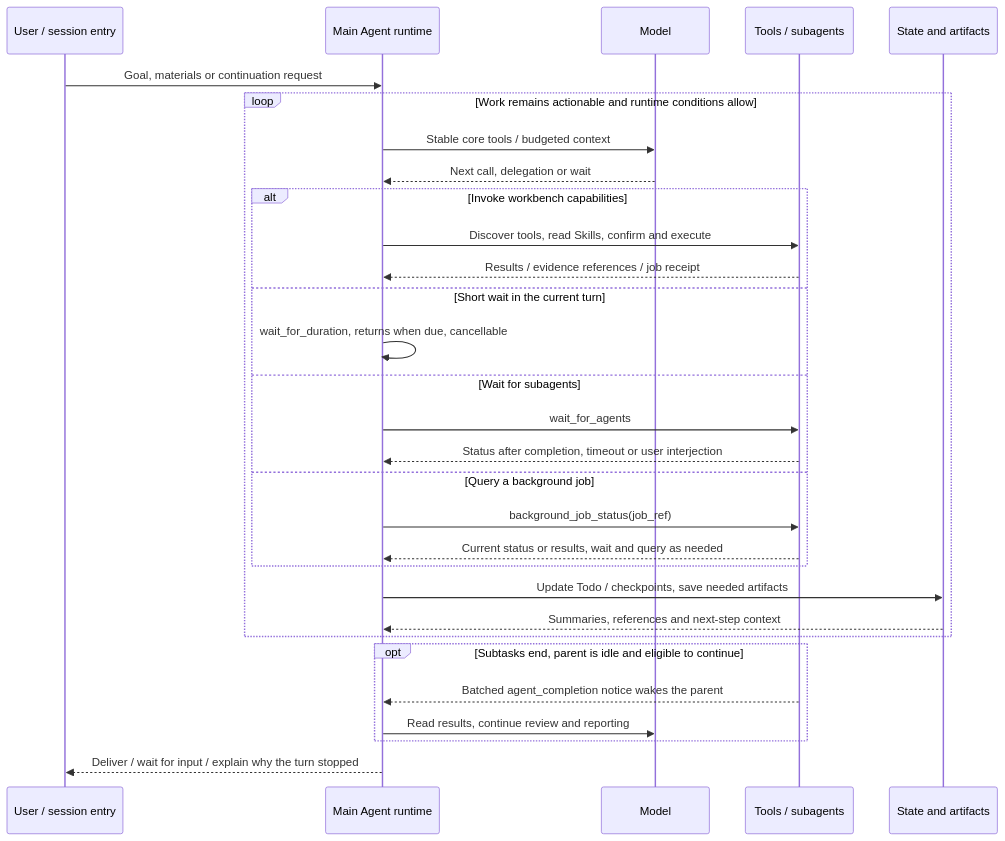
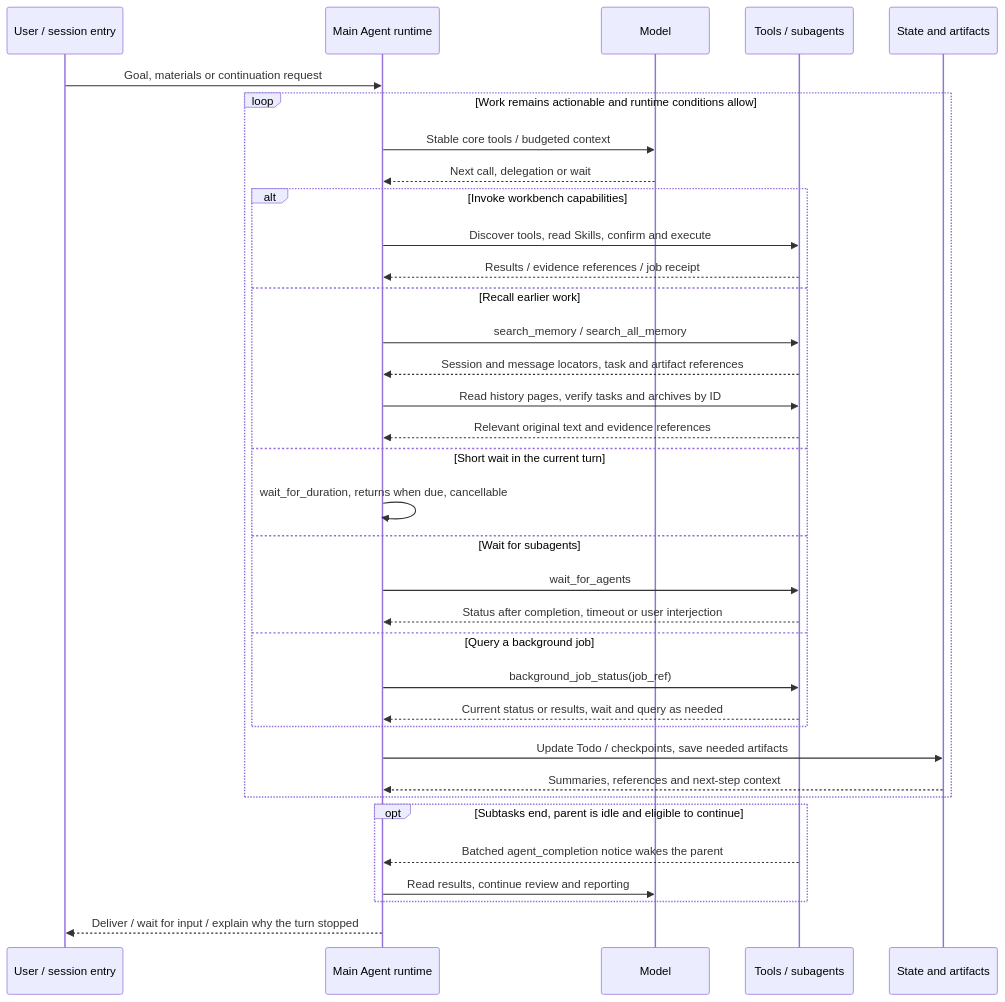
Before and after one commit to HG-ha/Argusai: the second of 3 diagrams in README.en.md, drawn with Mermaid. The commit also changed other lines of this file and 7 other files, not shown here.

Commit message:
docs: explain long-term memory and cross-session recall

````diff
--- a/README.en.md
+++ b/README.en.md
@@ -211,32 +217,37 @@
 ```mermaid
 sequenceDiagram
     participant U as User / session entry
     participant A as Main Agent runtime
     participant M as Model
     participant T as Tools / subagents
     participant S as State and artifacts
     U->>A: Goal, materials or continuation request
     loop Work remains actionable and runtime conditions allow
         A->>M: Stable core tools / budgeted context
         M-->>A: Next call, delegation or wait
         alt Invoke workbench capabilities
             A->>T: Discover tools, read Skills, confirm and execute
             T-->>A: Results / evidence references / job receipt
+        else Recall earlier work
+            A->>T: search_memory / search_all_memory
+            T-->>A: Session and message locators, task and artifact references
+            A->>T: Read history pages, verify tasks and archives by ID
+            T-->>A: Relevant original text and evidence references
         else Short wait in the current turn
             A->>A: wait_for_duration, returns when due, cancellable
         else Wait for subagents
             A->>T: wait_for_agents
             T-->>A: Status after completion, timeout or user interjection
         else Query a background job
             A->>T: background_job_status(job_ref)
             T-->>A: Current status or results, wait and query as needed
         end
         A->>S: Update Todo / checkpoints, save needed artifacts
         S-->>A: Summaries, references and next-step context
     end
     opt Subtasks end, parent is idle and eligible to continue
         T-->>A: Batched agent_completion notice wakes the parent
         A->>M: Read results, continue review and reporting
     end
     A-->>U: Deliver / wait for input / explain why the turn stopped
 ```
````
